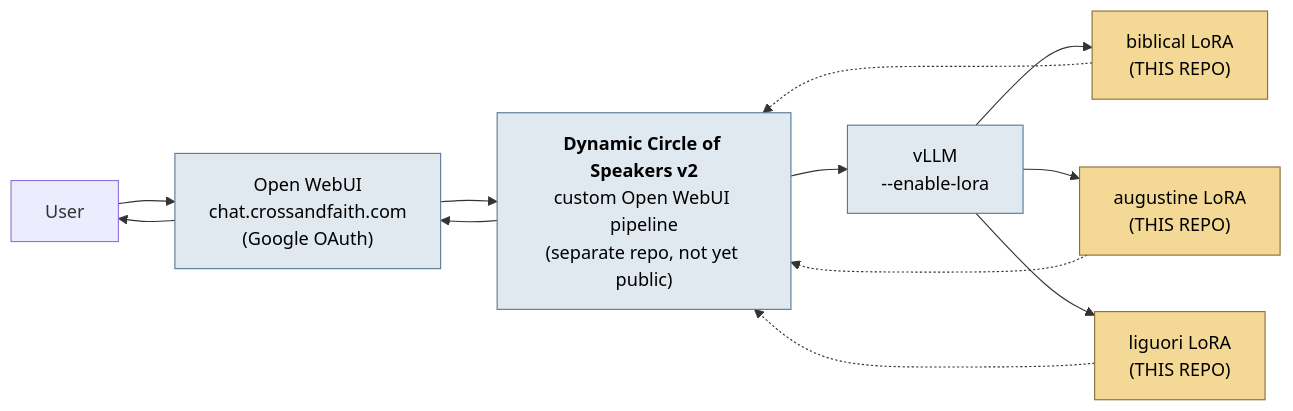
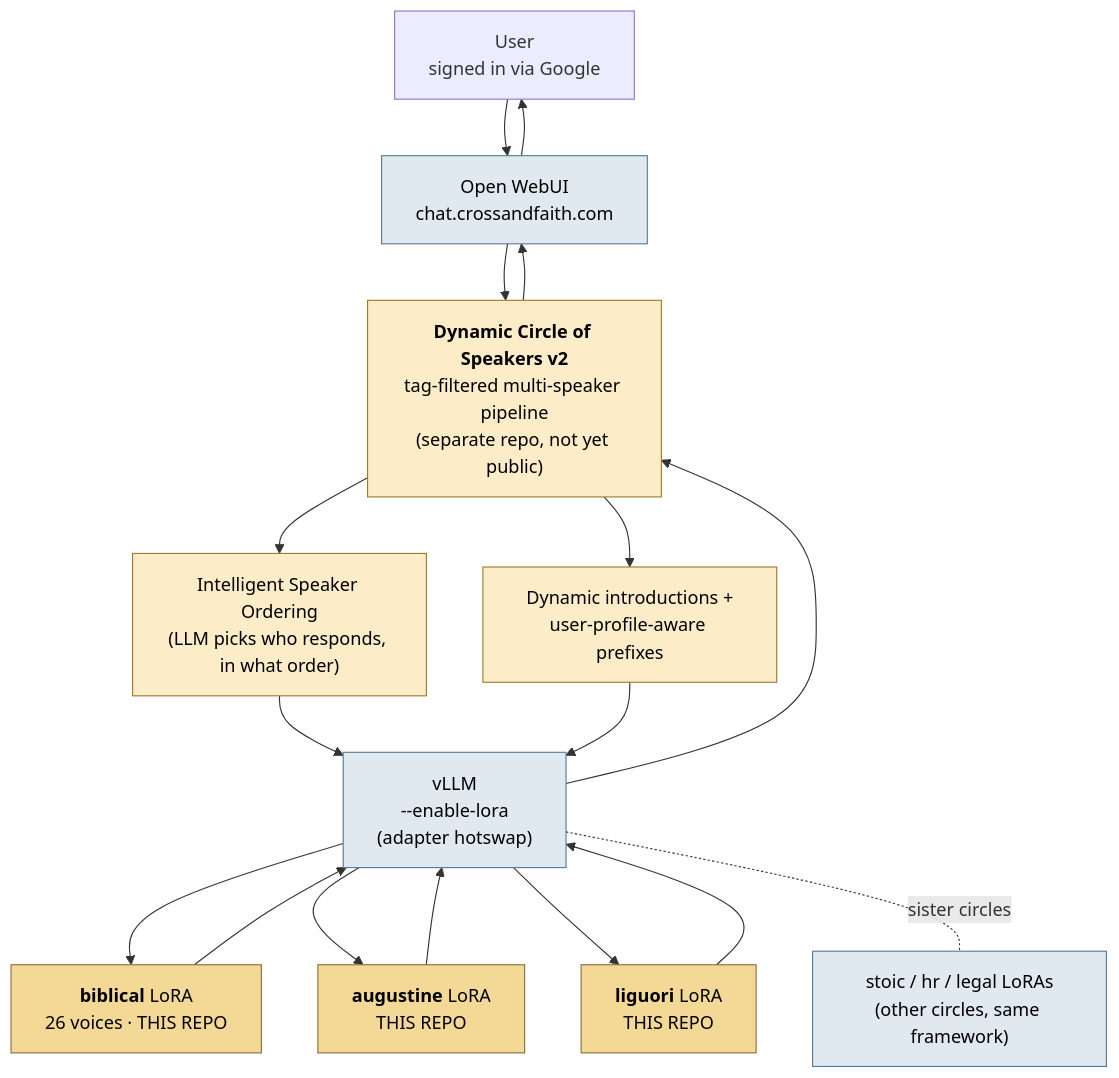
One commit to beaudamore/biblical changed the first of 2 diagrams in README.md. Above: the diagram before and after it, drawn with Mermaid. The commit also changed other lines of this file, not shown here.

Commit message:
Refine architecture section with accurate Circle of Speakers detail
After reviewing the actual Circle of Speakers pipeline source, updating the
README to reflect what it really is rather than the generic "OpenWebUI
pipeline" framing:

- It's a tag-filtered multi-speaker orchestrator that picks personas by
  Open WebUI model tag (biblical, stoic, hr, legal).
- It uses an "Intelligent Speaker Ordering" model to decide turn-taking.
- It injects per-speaker dynamic introductions and user-profile-aware
  response prefixes.
- It streams via vLLM with --enable-lora for adapter hot-swap.
- The framework is persona-agnostic — same base powers sister circles for
  stoic/hr/legal domains. Decoupling this repo from the orchestrator lets
  additional persona families be added without touching it.

Updated diagram and layer table to show all of the above. Pipeline source
itself remains private and is not duplicated in this repo.

````diff
--- a/README.md
+++ b/README.md
@@ -19,19 +21,30 @@
 ```mermaid
-flowchart LR
-    U[User] --> OW["Open WebUI<br/>chat.crossandfaith.com<br/>(Google OAuth)"]
-    OW --> CoS["<b>Dynamic Circle of Speakers v2</b><br/>custom Open WebUI pipeline<br/>(separate repo, not yet public)"]
-    CoS --> V["vLLM<br/>--enable-lora"]
-    V --> L1["biblical LoRA<br/>(THIS REPO)"]
-    V --> L2["augustine LoRA<br/>(THIS REPO)"]
-    V --> L3["liguori LoRA<br/>(THIS REPO)"]
-    L1 -.-> CoS
-    L2 -.-> CoS
-    L3 -.-> CoS
+flowchart TD
+    U[User<br/>signed in via Google] --> OW["Open WebUI<br/>chat.crossandfaith.com"]
+    OW --> CoS["<b>Dynamic Circle of Speakers v2</b><br/>tag-filtered multi-speaker pipeline<br/>(separate repo, not yet public)"]
+
+    CoS --> ORD["Intelligent Speaker Ordering<br/>(LLM picks who responds, in what order)"]
+    CoS --> INTRO["Dynamic introductions +<br/>user-profile-aware prefixes"]
+
+    ORD --> V["vLLM<br/>--enable-lora<br/>(adapter hotswap)"]
+    INTRO --> V
+
+    V --> L1["<b>biblical</b> LoRA<br/>26 voices · THIS REPO"]
+    V --> L2["<b>augustine</b> LoRA<br/>THIS REPO"]
+    V --> L3["<b>liguori</b> LoRA<br/>THIS REPO"]
+    V -. sister circles .- LX["stoic / hr / legal LoRAs<br/>(other circles, same framework)"]
+
+    L1 --> V
+    L2 --> V
+    L3 --> V
+    V --> CoS
     CoS --> OW
     OW --> U
 
     classDef thisrepo fill:#f4d896,stroke:#8a6f3f,color:#000;
     classDef external fill:#e0e8f0,stroke:#5a7a9a,color:#000;
+    classDef pipeline fill:#fdecc8,stroke:#a07a2a,color:#000;
     class L1,L2,L3 thisrepo
-    class CoS,OW,V external
+    class CoS,ORD,INTRO pipeline
+    class OW,V,LX external
 ```
````
